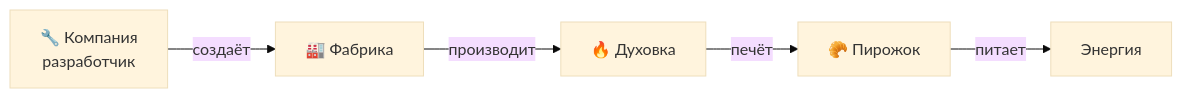
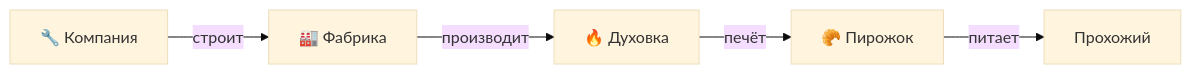
One commit to ypolosov/talk-ai-driven-sdlc changed the diagram in slides/10-sdlc-target.md. Above: the diagram before and after it, drawn with Mermaid (base theme). The commit also changed other lines of this file and 34 other files, not shown here.

````diff
--- a/slides/10-sdlc-target.md
+++ b/slides/10-sdlc-target.md
@@ -11,8 +11,8 @@
 ```mermaid
 graph LR
-    A[🔧 Компания<br/>разработчик] -->|создаёт| B[🏭 Фабрика]
+    A[🔧 Компания] -->|строит| B[🏭 Фабрика]
     B -->|производит| C[🔥 Духовка]
     C -->|печёт| D[🥐 Пирожок]
-    D -->|питает| E[Энергия]
+    D -->|питает| E[Прохожий]
 
 ```
````
